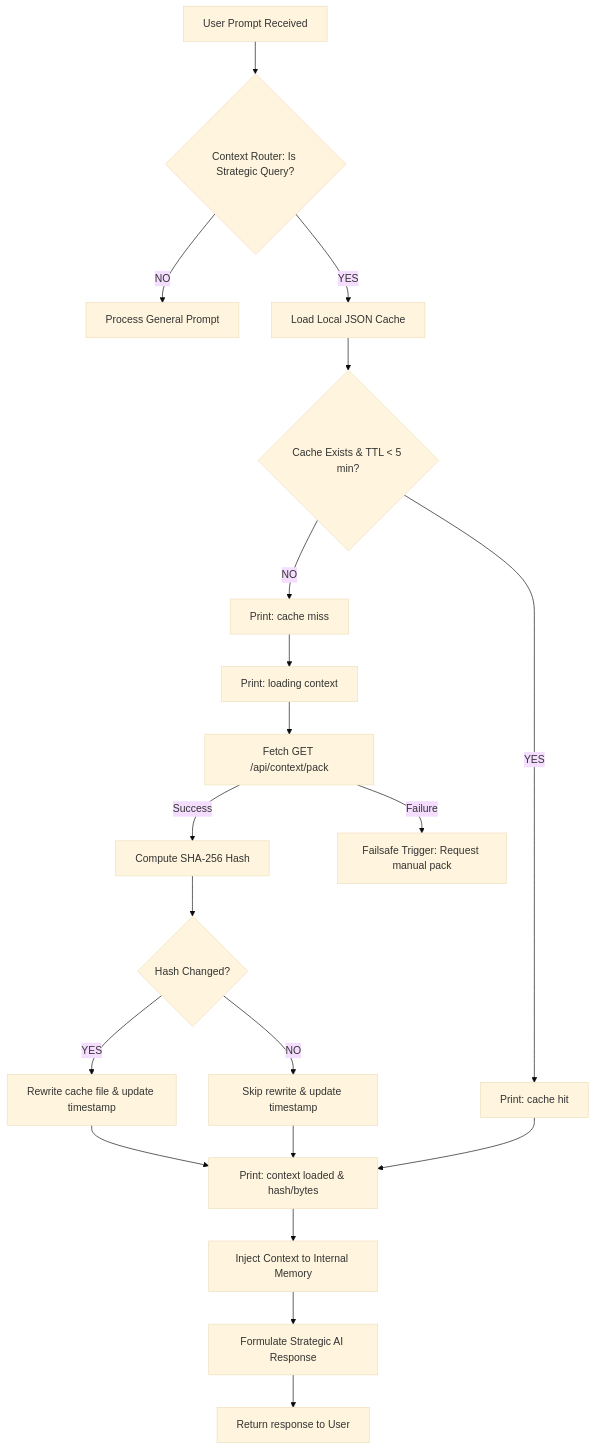
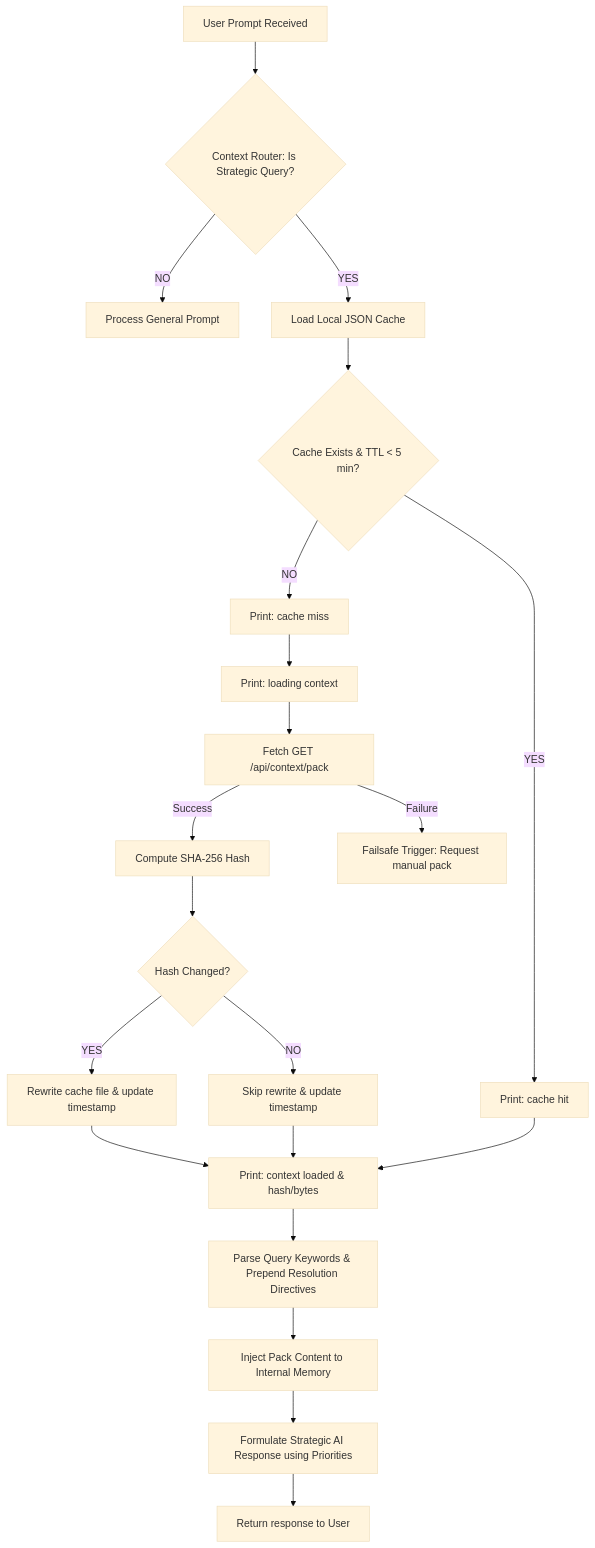
One commit to tuoaoa/centralcontext changed the diagram in NATIVE_CONSUMPTION_REPORT.md. Above: the diagram before and after it, drawn with Mermaid (base theme). The commit also changed other lines of this file and 1 other file, not shown here.

Commit message:
fix: implement browser-extension content script debouncing to avoid duplicate assistant messages during streaming

````diff
--- a/NATIVE_CONSUMPTION_REPORT.md
+++ b/NATIVE_CONSUMPTION_REPORT.md
@@ -21,22 +22,23 @@
 ```mermaid
 flowchart TD
     A[User Prompt Received] --> B{Context Router: Is Strategic Query?}
     B -- NO --> C[Process General Prompt]
     B -- YES --> D[Load Local JSON Cache]
     D --> E{Cache Exists & TTL < 5 min?}
     E -- YES --> F[Print: cache hit]
     E -- NO --> G[Print: cache miss]
     G --> H[Print: loading context]
     H --> I[Fetch GET /api/context/pack]
     I -- Success --> J[Compute SHA-256 Hash]
     I -- Failure --> K[Failsafe Trigger: Request manual pack]
     J --> L{Hash Changed?}
     L -- YES --> M[Rewrite cache file & update timestamp]
     L -- NO --> N[Skip rewrite & update timestamp]
     M --> O[Print: context loaded & hash/bytes]
     N --> O
     F --> O
-    O --> P[Inject Context to Internal Memory]
-    P --> Q[Formulate Strategic AI Response]
-    Q --> R[Return response to User]
+    O --> P[Parse Query Keywords & Prepend Resolution Directives]
+    P --> Q[Inject Pack Content to Internal Memory]
+    Q --> R[Formulate Strategic AI Response using Priorities]
+    R --> S[Return response to User]
 ```
````
